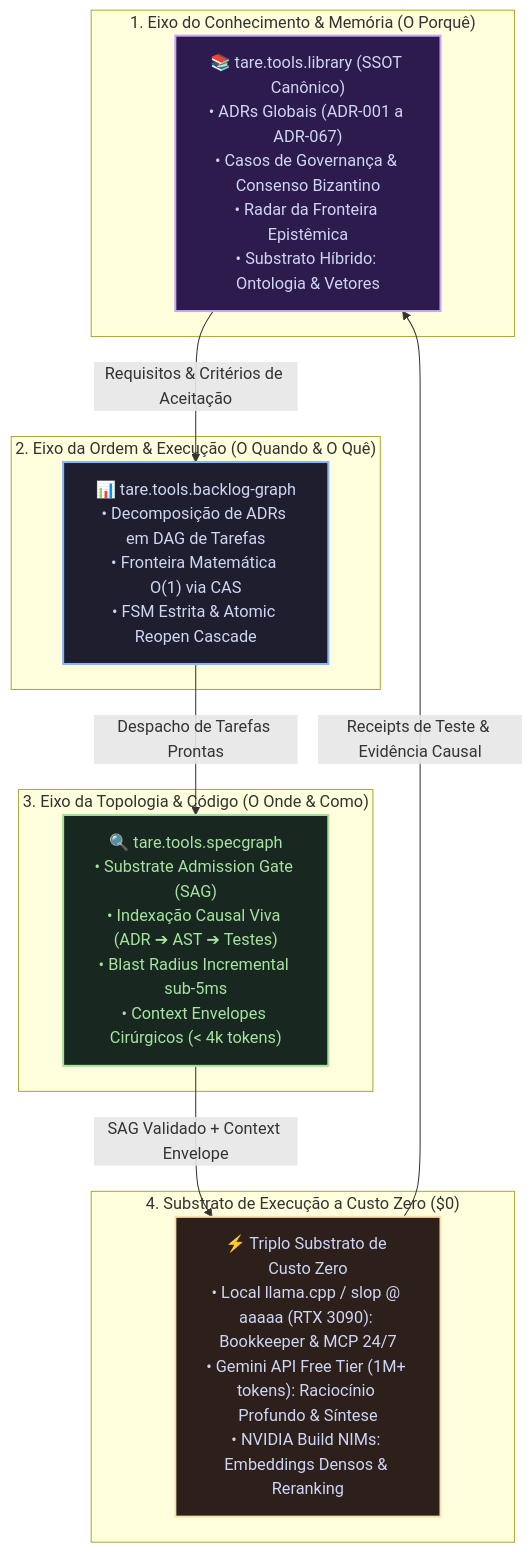
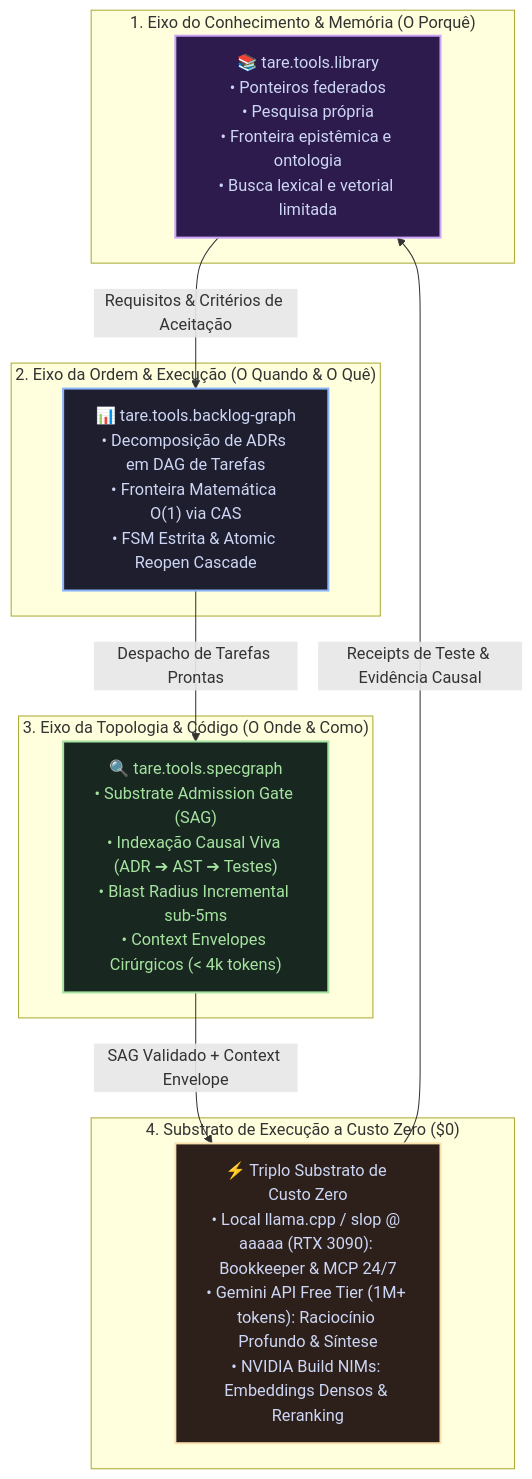
One commit to augusto-scarvalho/tare.tools.library changed the first of 2 diagrams in README.pt-BR.md. Above: the diagram before and after it, drawn with Mermaid. The commit also changed other lines of this file and 498 other files, not shown here.

````diff
--- a/README.pt-BR.md
+++ b/README.pt-BR.md
@@ -55,33 +61,33 @@
 ```mermaid
 flowchart TD
     subgraph Axis1 ["1. Eixo do Conhecimento & Memória (O Porquê)"]
-        Library["📚 tare.tools.library (SSOT Canônico)<br/>• ADRs Globais (ADR-001 a ADR-067)<br/>• Casos de Governança & Consenso Bizantino<br/>• Radar da Fronteira Epistêmica<br/>• Substrato Híbrido: Ontologia & Vetores"]
+        Library["📚 tare.tools.library<br/>• Ponteiros federados<br/>• Pesquisa própria<br/>• Fronteira epistêmica e ontologia<br/>• Busca lexical e vetorial limitada"]
     end
 
     subgraph Axis2 ["2. Eixo da Ordem & Execução (O Quando & O Quê)"]
         Backlog["📊 tare.tools.backlog-graph<br/>• Decomposição de ADRs em DAG de Tarefas<br/>• Fronteira Matemática O(1) via CAS<br/>• FSM Estrita & Atomic Reopen Cascade"]
     end
 
     subgraph Axis3 ["3. Eixo da Topologia & Código (O Onde & Como)"]
         Spec["🔍 tare.tools.specgraph<br/>• Substrate Admission Gate (SAG)<br/>• Indexação Causal Viva (ADR ➔ AST ➔ Testes)<br/>• Blast Radius Incremental sub-5ms<br/>• Context Envelopes Cirúrgicos (< 4k tokens)"]
     end
 
     subgraph Execution ["4. Substrato de Execução a Custo Zero ($0)"]
         ZeroCost["⚡ Triplo Substrato de Custo Zero<br/>• Local llama.cpp / slop @ aaaaa (RTX 3090): Bookkeeper & MCP 24/7<br/>• Gemini API Free Tier (1M+ tokens): Raciocínio Profundo & Síntese<br/>• NVIDIA Build NIMs: Embeddings Densos & Reranking"]
     end
 
     Library -->|Requisitos & Critérios de Aceitação| Backlog
     Backlog -->|Despacho de Tarefas Prontas| Spec
     Spec -->|SAG Validado + Context Envelope| ZeroCost
     ZeroCost -->|Receipts de Teste & Evidência Causal| Library
 
     classDef lStyle fill:#2d1b4e,stroke:#cba6f7,stroke-width:2px,color:#cdd6f4;
     classDef bStyle fill:#1e1e2e,stroke:#89b4fa,stroke-width:2px,color:#cdd6f4;
     classDef sStyle fill:#182820,stroke:#a6e3a1,stroke-width:2px,color:#a6e3a1;
     classDef zStyle fill:#2d201b,stroke:#f9e2af,stroke-width:2px,color:#cdd6f4;
 
     class Library lStyle;
     class Backlog bStyle;
     class Spec sStyle;
     class ZeroCost zStyle;
 ```
````
